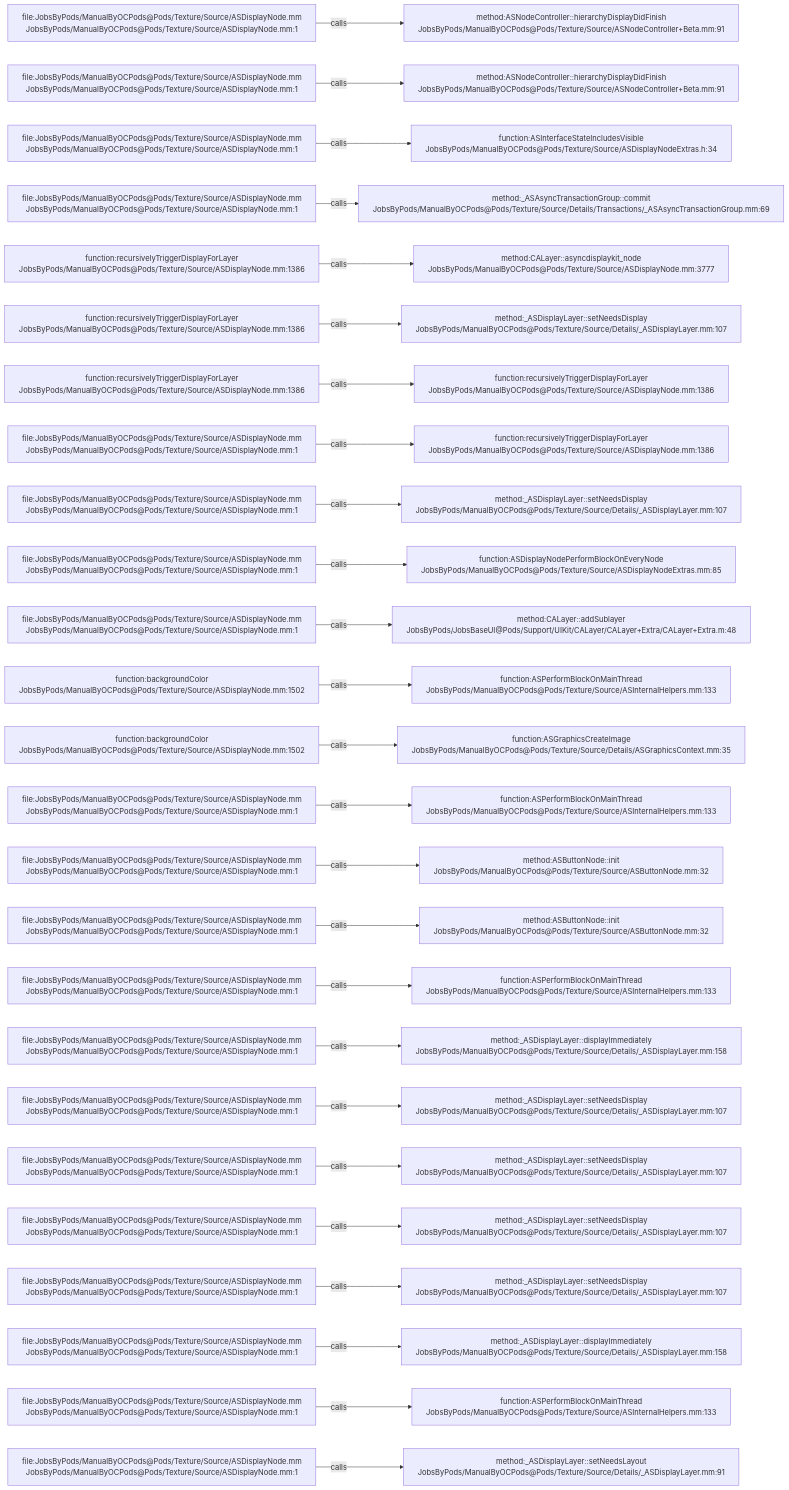
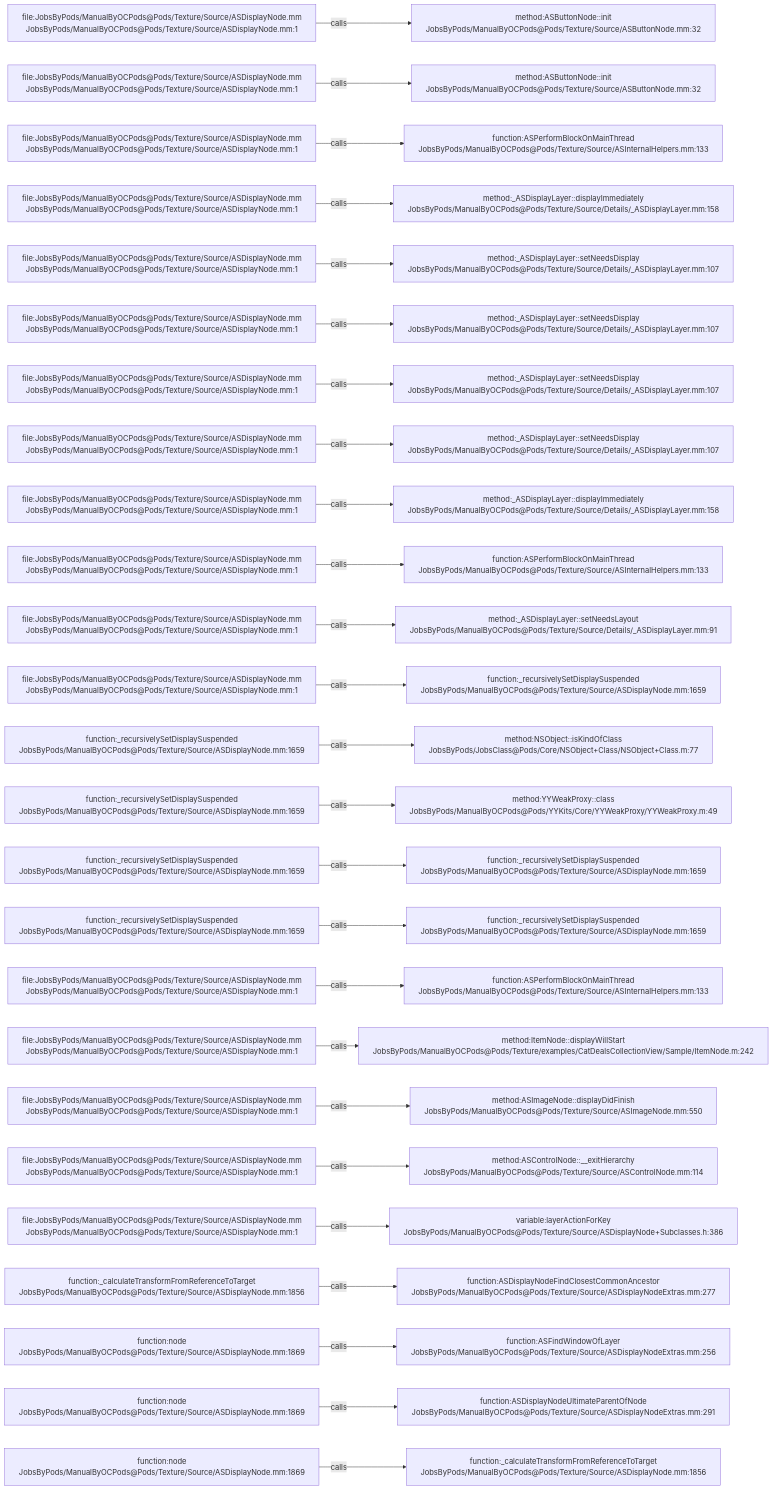
One commit to JobsKits/JobsOCBaseConfigDemo changed the diagram in .codegraph/codegraph.md/graphs/calls-101.md. Above: the diagram before and after it, drawn with Mermaid. The commit also changed 296 other files, not shown here.

````diff
--- a/.codegraph/codegraph.md/graphs/calls-101.md
+++ b/.codegraph/codegraph.md/graphs/calls-101.md
@@ -13,78 +13,78 @@
 ```mermaid
 flowchart LR
   S1["file:JobsByPods/ManualByOCPods@Pods/Texture/Source/ASDisplayNode.mm<br/>JobsByPods/ManualByOCPods@Pods/Texture/Source/ASDisplayNode.mm:1"]
-  T1["method:ASNodeController::hierarchyDisplayDidFinish<br/>JobsByPods/ManualByOCPods@Pods/Texture/Source/ASNodeController+Beta.mm:91"]
+  T1["method:ASButtonNode::init<br/>JobsByPods/ManualByOCPods@Pods/Texture/Source/ASButtonNode.mm:32"]
   S1 -->|calls| T1
   S2["file:JobsByPods/ManualByOCPods@Pods/Texture/Source/ASDisplayNode.mm<br/>JobsByPods/ManualByOCPods@Pods/Texture/Source/ASDisplayNode.mm:1"]
-  T2["method:ASNodeController::hierarchyDisplayDidFinish<br/>JobsByPods/ManualByOCPods@Pods/Texture/Source/ASNodeController+Beta.mm:91"]
+  T2["method:ASButtonNode::init<br/>JobsByPods/ManualByOCPods@Pods/Texture/Source/ASButtonNode.mm:32"]
   S2 -->|calls| T2
   S3["file:JobsByPods/ManualByOCPods@Pods/Texture/Source/ASDisplayNode.mm<br/>JobsByPods/ManualByOCPods@Pods/Texture/Source/ASDisplayNode.mm:1"]
-  T3["function:ASInterfaceStateIncludesVisible<br/>JobsByPods/ManualByOCPods@Pods/Texture/Source/ASDisplayNodeExtras.h:34"]
+  T3["function:ASPerformBlockOnMainThread<br/>JobsByPods/ManualByOCPods@Pods/Texture/Source/ASInternalHelpers.mm:133"]
   S3 -->|calls| T3
   S4["file:JobsByPods/ManualByOCPods@Pods/Texture/Source/ASDisplayNode.mm<br/>JobsByPods/ManualByOCPods@Pods/Texture/Source/ASDisplayNode.mm:1"]
-  T4["method:_ASAsyncTransactionGroup::commit<br/>JobsByPods/ManualByOCPods@Pods/Texture/Source/Details/Transactions/_ASAsyncTransactionGroup.mm:69"]
+  T4["method:_ASDisplayLayer::displayImmediately<br/>JobsByPods/ManualByOCPods@Pods/Texture/Source/Details/_ASDisplayLayer.mm:158"]
   S4 -->|calls| T4
-  S5["function:recursivelyTriggerDisplayForLayer<br/>JobsByPods/ManualByOCPods@Pods/Texture/Source/ASDisplayNode.mm:1386"]
-  T5["method:CALayer::asyncdisplaykit_node<br/>JobsByPods/ManualByOCPods@Pods/Texture/Source/ASDisplayNode.mm:3777"]
+  S5["file:JobsByPods/ManualByOCPods@Pods/Texture/Source/ASDisplayNode.mm<br/>JobsByPods/ManualByOCPods@Pods/Texture/Source/ASDisplayNode.mm:1"]
+  T5["method:_ASDisplayLayer::setNeedsDisplay<br/>JobsByPods/ManualByOCPods@Pods/Texture/Source/Details/_ASDisplayLayer.mm:107"]
   S5 -->|calls| T5
-  S6["function:recursivelyTriggerDisplayForLayer<br/>JobsByPods/ManualByOCPods@Pods/Texture/Source/ASDisplayNode.mm:1386"]
+  S6["file:JobsByPods/ManualByOCPods@Pods/Texture/Source/ASDisplayNode.mm<br/>JobsByPods/ManualByOCPods@Pods/Texture/Source/ASDisplayNode.mm:1"]
   T6["method:_ASDisplayLayer::setNeedsDisplay<br/>JobsByPods/ManualByOCPods@Pods/Texture/Source/Details/_ASDisplayLayer.mm:107"]
   S6 -->|calls| T6
-  S7["function:recursivelyTriggerDisplayForLayer<br/>JobsByPods/ManualByOCPods@Pods/Texture/Source/ASDisplayNode.mm:1386"]
-  T7["function:recursivelyTriggerDisplayForLayer<br/>JobsByPods/ManualByOCPods@Pods/Texture/Source/ASDisplayNode.mm:1386"]
+  S7["file:JobsByPods/ManualByOCPods@Pods/Texture/Source/ASDisplayNode.mm<br/>JobsByPods/ManualByOCPods@Pods/Texture/Source/ASDisplayNode.mm:1"]
+  T7["method:_ASDisplayLayer::setNeedsDisplay<br/>JobsByPods/ManualByOCPods@Pods/Texture/Source/Details/_ASDisplayLayer.mm:107"]
   S7 -->|calls| T7
   S8["file:JobsByPods/ManualByOCPods@Pods/Texture/Source/ASDisplayNode.mm<br/>JobsByPods/ManualByOCPods@Pods/Texture/Source/ASDisplayNode.mm:1"]
-  T8["function:recursivelyTriggerDisplayForLayer<br/>JobsByPods/ManualByOCPods@Pods/Texture/Source/ASDisplayNode.mm:1386"]
+  T8["method:_ASDisplayLayer::setNeedsDisplay<br/>JobsByPods/ManualByOCPods@Pods/Texture/Source/Details/_ASDisplayLayer.mm:107"]
   S8 -->|calls| T8
   S9["file:JobsByPods/ManualByOCPods@Pods/Texture/Source/ASDisplayNode.mm<br/>JobsByPods/ManualByOCPods@Pods/Texture/Source/ASDisplayNode.mm:1"]
-  T9["method:_ASDisplayLayer::setNeedsDisplay<br/>JobsByPods/ManualByOCPods@Pods/Texture/Source/Details/_ASDisplayLayer.mm:107"]
+  T9["method:_ASDisplayLayer::displayImmediately<br/>JobsByPods/ManualByOCPods@Pods/Texture/Source/Details/_ASDisplayLayer.mm:158"]
   S9 -->|calls| T9
   S10["file:JobsByPods/ManualByOCPods@Pods/Texture/Source/ASDisplayNode.mm<br/>JobsByPods/ManualByOCPods@Pods/Texture/Source/ASDisplayNode.mm:1"]
-  T10["function:ASDisplayNodePerformBlockOnEveryNode<br/>JobsByPods/ManualByOCPods@Pods/Texture/Source/ASDisplayNodeExtras.mm:85"]
+  T10["function:ASPerformBlockOnMainThread<br/>JobsByPods/ManualByOCPods@Pods/Texture/Source/ASInternalHelpers.mm:133"]
   S10 -->|calls| T10
   S11["file:JobsByPods/ManualByOCPods@Pods/Texture/Source/ASDisplayNode.mm<br/>JobsByPods/ManualByOCPods@Pods/Texture/Source/ASDisplayNode.mm:1"]
-  T11["method:CALayer::addSublayer<br/>JobsByPods/JobsBaseUI@Pods/Support/UIKit/CALayer/CALayer+Extra/CALayer+Extra.m:48"]
+  T11["method:_ASDisplayLayer::setNeedsLayout<br/>JobsByPods/ManualByOCPods@Pods/Texture/Source/Details/_ASDisplayLayer.mm:91"]
   S11 -->|calls| T11
-  S12["function:backgroundColor<br/>JobsByPods/ManualByOCPods@Pods/Texture/Source/ASDisplayNode.mm:1502"]
-  T12["function:ASPerformBlockOnMainThread<br/>JobsByPods/ManualByOCPods@Pods/Texture/Source/ASInternalHelpers.mm:133"]
+  S12["file:JobsByPods/ManualByOCPods@Pods/Texture/Source/ASDisplayNode.mm<br/>JobsByPods/ManualByOCPods@Pods/Texture/Source/ASDisplayNode.mm:1"]
+  T12["function:_recursivelySetDisplaySuspended<br/>JobsByPods/ManualByOCPods@Pods/Texture/Source/ASDisplayNode.mm:1659"]
   S12 -->|calls| T12
-  S13["function:backgroundColor<br/>JobsByPods/ManualByOCPods@Pods/Texture/Source/ASDisplayNode.mm:1502"]
-  T13["function:ASGraphicsCreateImage<br/>JobsByPods/ManualByOCPods@Pods/Texture/Source/Details/ASGraphicsContext.mm:35"]
+  S13["function:_recursivelySetDisplaySuspended<br/>JobsByPods/ManualByOCPods@Pods/Texture/Source/ASDisplayNode.mm:1659"]
+  T13["method:NSObject::isKindOfClass<br/>JobsByPods/JobsClass@Pods/Core/NSObject+Class/NSObject+Class.m:77"]
   S13 -->|calls| T13
-  S14["file:JobsByPods/ManualByOCPods@Pods/Texture/Source/ASDisplayNode.mm<br/>JobsByPods/ManualByOCPods@Pods/Texture/Source/ASDisplayNode.mm:1"]
-  T14["function:ASPerformBlockOnMainThread<br/>JobsByPods/ManualByOCPods@Pods/Texture/Source/ASInternalHelpers.mm:133"]
+  S14["function:_recursivelySetDisplaySuspended<br/>JobsByPods/ManualByOCPods@Pods/Texture/Source/ASDisplayNode.mm:1659"]
+  T14["method:YYWeakProxy::class<br/>JobsByPods/ManualByOCPods@Pods/YYKits/Core/YYWeakProxy/YYWeakProxy.m:49"]
   S14 -->|calls| T14
-  S15["file:JobsByPods/ManualByOCPods@Pods/Texture/Source/ASDisplayNode.mm<br/>JobsByPods/ManualByOCPods@Pods/Texture/Source/ASDisplayNode.mm:1"]
-  T15["method:ASButtonNode::init<br/>JobsByPods/ManualByOCPods@Pods/Texture/Source/ASButtonNode.mm:32"]
+  S15["function:_recursivelySetDisplaySuspended<br/>JobsByPods/ManualByOCPods@Pods/Texture/Source/ASDisplayNode.mm:1659"]
+  T15["function:_recursivelySetDisplaySuspended<br/>JobsByPods/ManualByOCPods@Pods/Texture/Source/ASDisplayNode.mm:1659"]
   S15 -->|calls| T15
-  S16["file:JobsByPods/ManualByOCPods@Pods/Texture/Source/ASDisplayNode.mm<br/>JobsByPods/ManualByOCPods@Pods/Texture/Source/ASDisplayNode.mm:1"]
-  T16["method:ASButtonNode::init<br/>JobsByPods/ManualByOCPods@Pods/Texture/Source/ASButtonNode.mm:32"]
+  S16["function:_recursivelySetDisplaySuspended<br/>JobsByPods/ManualByOCPods@Pods/Texture/Source/ASDisplayNode.mm:1659"]
+  T16["function:_recursivelySetDisplaySuspended<br/>JobsByPods/ManualByOCPods@Pods/Texture/Source/ASDisplayNode.mm:1659"]
   S16 -->|calls| T16
   S17["file:JobsByPods/ManualByOCPods@Pods/Texture/Source/ASDisplayNode.mm<br/>JobsByPods/ManualByOCPods@Pods/Texture/Source/ASDisplayNode.mm:1"]
   T17["function:ASPerformBlockOnMainThread<br/>JobsByPods/ManualByOCPods@Pods/Texture/Source/ASInternalHelpers.mm:133"]
   S17 -->|calls| T17
   S18["file:JobsByPods/ManualByOCPods@Pods/Texture/Source/ASDisplayNode.mm<br/>JobsByPods/ManualByOCPods@Pods/Texture/Source/ASDisplayNode.mm:1"]
-  T18["method:_ASDisplayLayer::displayImmediately<br/>JobsByPods/ManualByOCPods@Pods/Texture/Source/Details/_ASDisplayLayer.mm:158"]
+  T18["method:ItemNode::displayWillStart<br/>JobsByPods/ManualByOCPods@Pods/Texture/examples/CatDealsCollectionView/Sample/ItemNode.m:242"]
   S18 -->|calls| T18
   S19["file:JobsByPods/ManualByOCPods@Pods/Texture/Source/ASDisplayNode.mm<br/>JobsByPods/ManualByOCPods@Pods/Texture/Source/ASDisplayNode.mm:1"]
-  T19["method:_ASDisplayLayer::setNeedsDisplay<br/>JobsByPods/ManualByOCPods@Pods/Texture/Source/Details/_ASDisplayLayer.mm:107"]
+  T19["method:ASImageNode::displayDidFinish<br/>JobsByPods/ManualByOCPods@Pods/Texture/Source/ASImageNode.mm:550"]
   S19 -->|calls| T19
   S20["file:JobsByPods/ManualByOCPods@Pods/Texture/Source/ASDisplayNode.mm<br/>JobsByPods/ManualByOCPods@Pods/Texture/Source/ASDisplayNode.mm:1"]
-  T20["method:_ASDisplayLayer::setNeedsDisplay<br/>JobsByPods/ManualByOCPods@Pods/Texture/Source/Details/_ASDisplayLayer.mm:107"]
+  T20["method:ASControlNode::__exitHierarchy<br/>JobsByPods/ManualByOCPods@Pods/Texture/Source/ASControlNode.mm:114"]
   S20 -->|calls| T20
   S21["file:JobsByPods/ManualByOCPods@Pods/Texture/Source/ASDisplayNode.mm<br/>JobsByPods/ManualByOCPods@Pods/Texture/Source/ASDisplayNode.mm:1"]
-  T21["method:_ASDisplayLayer::setNeedsDisplay<br/>JobsByPods/ManualByOCPods@Pods/Texture/Source/Details/_ASDisplayLayer.mm:107"]
+  T21["variable:layerActionForKey<br/>JobsByPods/ManualByOCPods@Pods/Texture/Source/ASDisplayNode+Subclasses.h:386"]
   S21 -->|calls| T21
-  S22["file:JobsByPods/ManualByOCPods@Pods/Texture/Source/ASDisplayNode.mm<br/>JobsByPods/ManualByOCPods@Pods/Texture/Source/ASDisplayNode.mm:1"]
-  T22["method:_ASDisplayLayer::setNeedsDisplay<br/>JobsByPods/ManualByOCPods@Pods/Texture/Source/Details/_ASDisplayLayer.mm:107"]
+  S22["function:_calculateTransformFromReferenceToTarget<br/>JobsByPods/ManualByOCPods@Pods/Texture/Source/ASDisplayNode.mm:1856"]
+  T22["function:ASDisplayNodeFindClosestCommonAncestor<br/>JobsByPods/ManualByOCPods@Pods/Texture/Source/ASDisplayNodeExtras.mm:277"]
   S22 -->|calls| T22
-  S23["file:JobsByPods/ManualByOCPods@Pods/Texture/Source/ASDisplayNode.mm<br/>JobsByPods/ManualByOCPods@Pods/Texture/Source/ASDisplayNode.mm:1"]
-  T23["method:_ASDisplayLayer::displayImmediately<br/>JobsByPods/ManualByOCPods@Pods/Texture/Source/Details/_ASDisplayLayer.mm:158"]
+  S23["function:node<br/>JobsByPods/ManualByOCPods@Pods/Texture/Source/ASDisplayNode.mm:1869"]
+  T23["function:ASFindWindowOfLayer<br/>JobsByPods/ManualByOCPods@Pods/Texture/Source/ASDisplayNodeExtras.mm:256"]
   S23 -->|calls| T23
-  S24["file:JobsByPods/ManualByOCPods@Pods/Texture/Source/ASDisplayNode.mm<br/>JobsByPods/ManualByOCPods@Pods/Texture/Source/ASDisplayNode.mm:1"]
-  T24["function:ASPerformBlockOnMainThread<br/>JobsByPods/ManualByOCPods@Pods/Texture/Source/ASInternalHelpers.mm:133"]
+  S24["function:node<br/>JobsByPods/ManualByOCPods@Pods/Texture/Source/ASDisplayNode.mm:1869"]
+  T24["function:ASDisplayNodeUltimateParentOfNode<br/>JobsByPods/ManualByOCPods@Pods/Texture/Source/ASDisplayNodeExtras.mm:291"]
   S24 -->|calls| T24
-  S25["file:JobsByPods/ManualByOCPods@Pods/Texture/Source/ASDisplayNode.mm<br/>JobsByPods/ManualByOCPods@Pods/Texture/Source/ASDisplayNode.mm:1"]
-  T25["method:_ASDisplayLayer::setNeedsLayout<br/>JobsByPods/ManualByOCPods@Pods/Texture/Source/Details/_ASDisplayLayer.mm:91"]
+  S25["function:node<br/>JobsByPods/ManualByOCPods@Pods/Texture/Source/ASDisplayNode.mm:1869"]
+  T25["function:_calculateTransformFromReferenceToTarget<br/>JobsByPods/ManualByOCPods@Pods/Texture/Source/ASDisplayNode.mm:1856"]
   S25 -->|calls| T25
 ```
````
